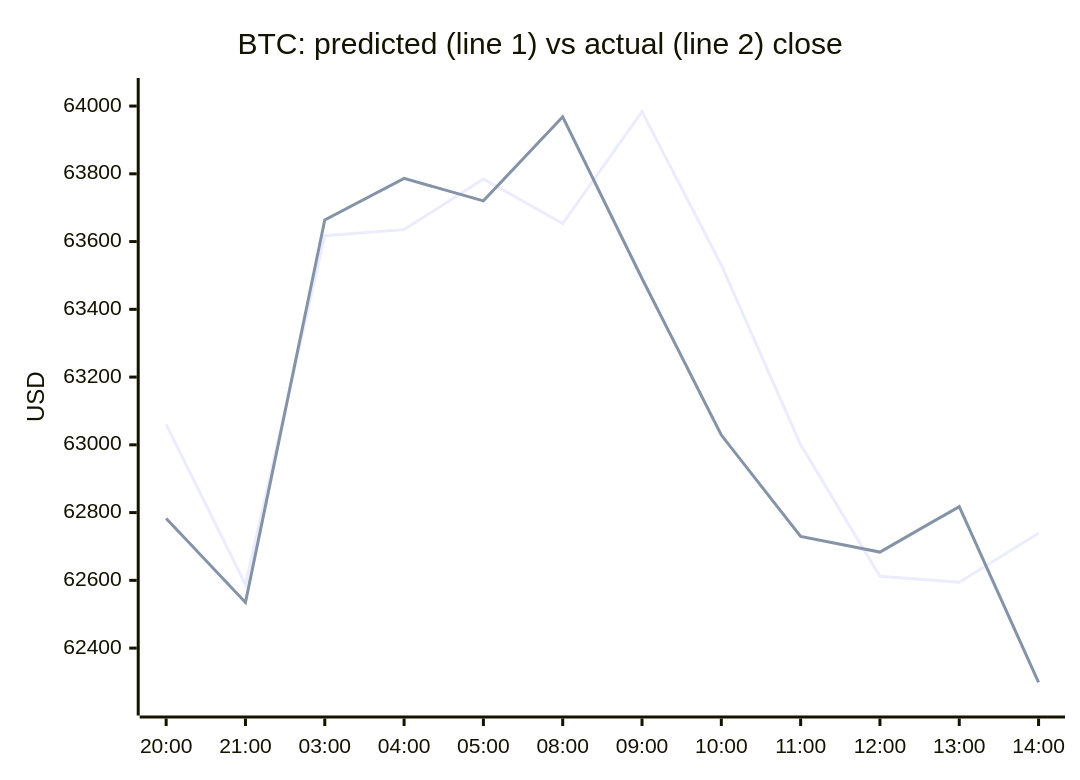
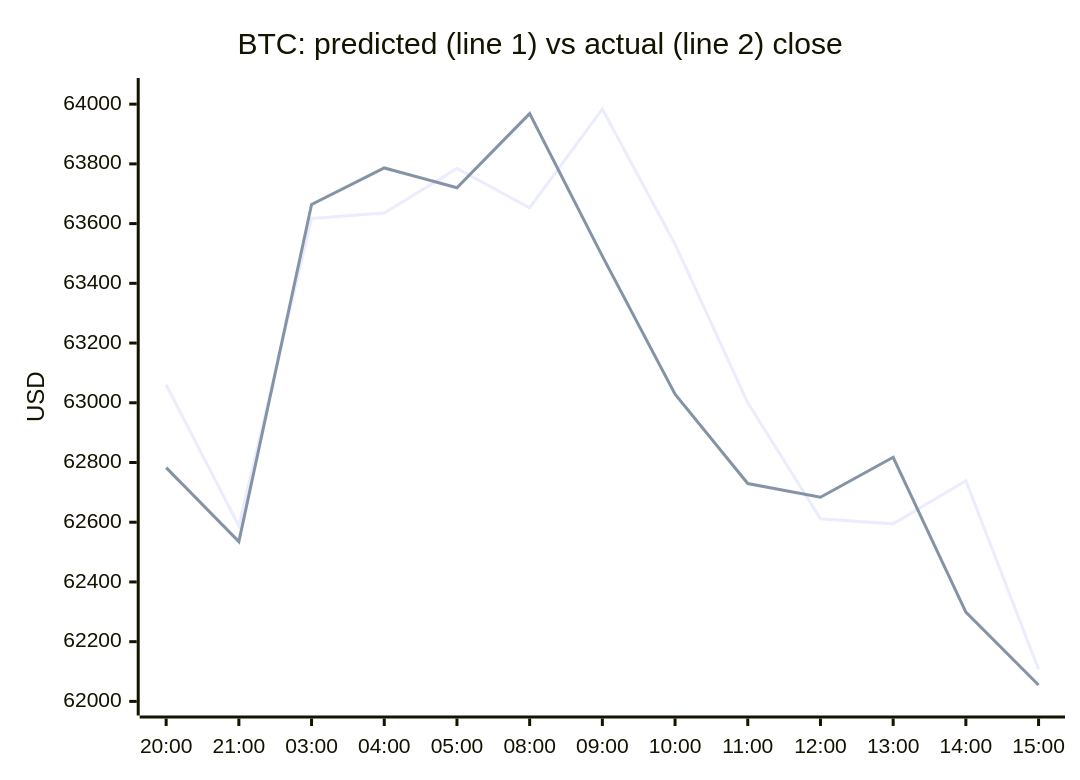
One commit to samuelkreitl-wq/crypto-hourly-forecaster changed the first of 4 diagrams in README.md. Above: the diagram before and after it, drawn with Mermaid. The commit also changed other lines of this file and 14 other files, not shown here.

````diff
--- a/README.md
+++ b/README.md
@@ -38,8 +38,8 @@
 ```mermaid
 xychart-beta
     title "BTC: predicted (line 1) vs actual (line 2) close"
-    x-axis ["20:00", "21:00", "03:00", "04:00", "05:00", "08:00", "09:00", "10:00", "11:00", "12:00", "13:00", "14:00"]
-    y-axis "USD" 62236.5012 --> 64047.4023
-    line [63060.3716, 62587.6439, 63617.4254, 63635.2318, 63784.5035, 63653.0941, 63983.4189, 63531.0235, 63000.0108, 62611.7840, 62594.5179, 62738.9417]
-    line [62782.7000, 62534.9000, 63664.0000, 63786.4000, 63720.2000, 63968.3000, 63491.0000, 63028.9000, 62729.5000, 62683.5000, 62817.6000, 62298.8000]
+    x-axis ["20:00", "21:00", "03:00", "04:00", "05:00", "08:00", "09:00", "10:00", "11:00", "12:00", "13:00", "14:00", "15:00"]
+    y-axis "USD" 61992.9450 --> 64047.4023
+    line [63060.3716, 62587.6439, 63617.4254, 63635.2318, 63784.5035, 63653.0941, 63983.4189, 63531.0235, 63000.0108, 62611.7840, 62594.5179, 62738.9417, 62107.3691]
+    line [62782.7000, 62534.9000, 63664.0000, 63786.4000, 63720.2000, 63968.3000, 63491.0000, 63028.9000, 62729.5000, 62683.5000, 62817.6000, 62298.8000, 62055.0000]
 ```
````
